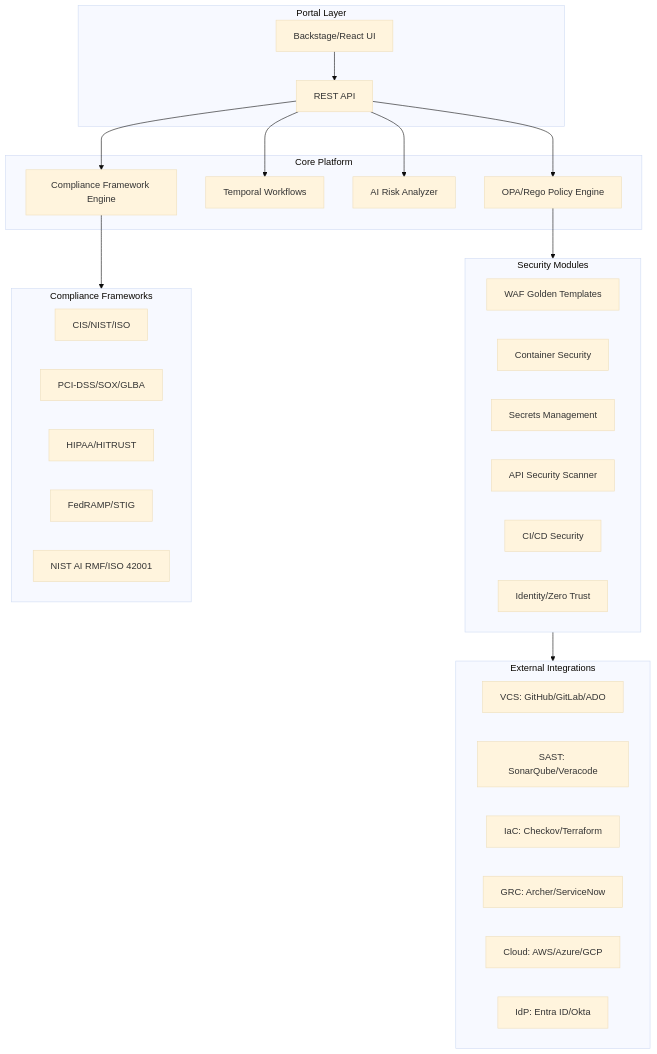
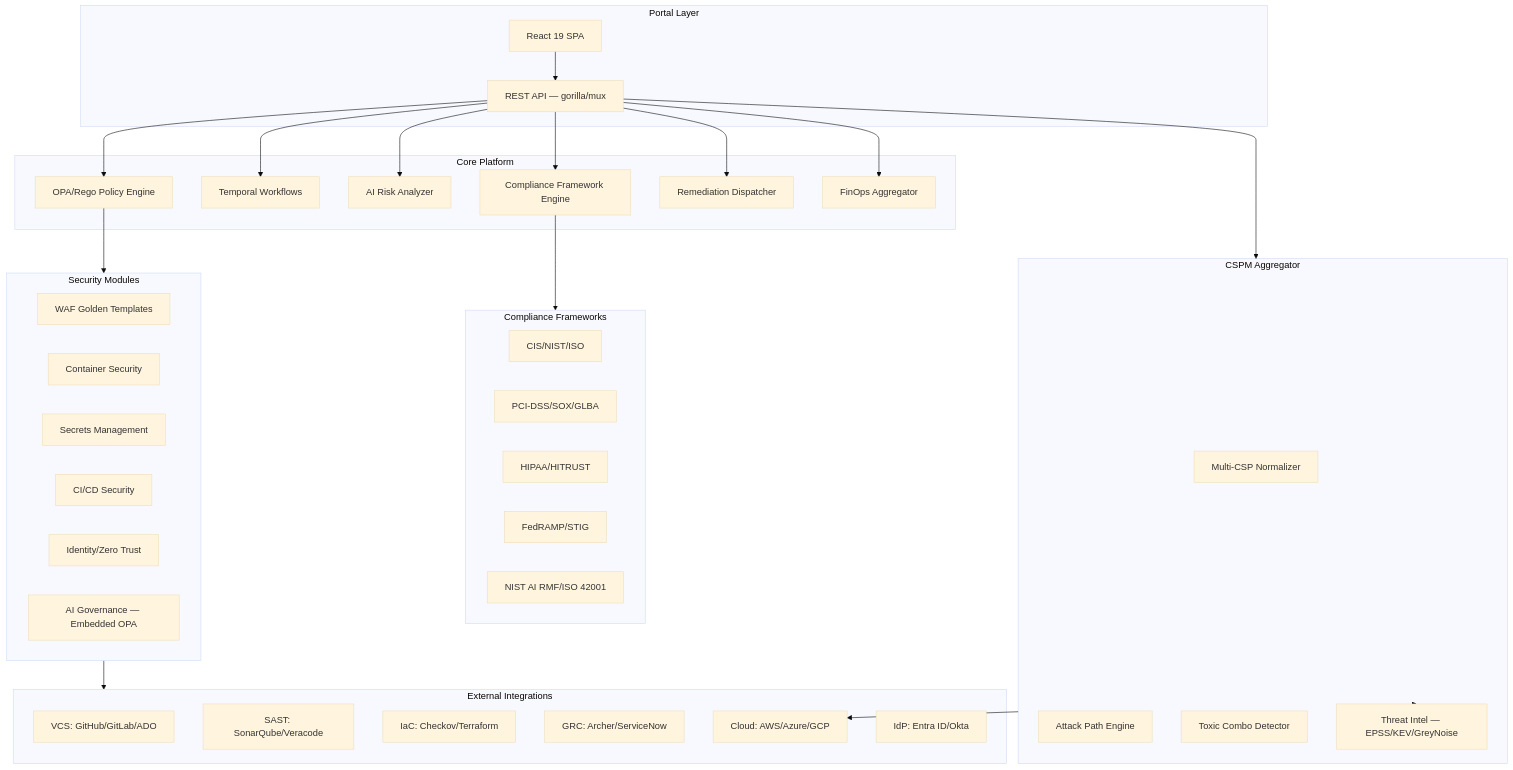
The first of 2 diagrams in docs/architecture/HLD.md (lvonguyen/cloudforge), drawn with Mermaid before and after one commit. The commit also changed other lines of this file and 13 other files, not shown here.

````diff
--- a/docs/architecture/HLD.md
+++ b/docs/architecture/HLD.md
@@ -45,51 +54,65 @@
 ```mermaid
 %%{init: {'theme': 'base', 'themeVariables': {'fontFamily': 'Georgia'}}}%%
 flowchart TB
     subgraph Portal["Portal Layer"]
-        UI[Backstage/React UI]
-        API[REST API]
+        UI[React 19 SPA]
+        API[REST API — gorilla/mux]
     end
 
     subgraph Core["Core Platform"]
         PolicyEngine[OPA/Rego Policy Engine]
         Orchestration[Temporal Workflows]
         AIAnalyzer[AI Risk Analyzer]
         ComplianceEngine[Compliance Framework Engine]
+        RemediationEngine[Remediation Dispatcher]
+        FinOpsEngine[FinOps Aggregator]
+    end
+
+    subgraph CSPM["CSPM Aggregator"]
+        Normalizer[Multi-CSP Normalizer]
+        AttackPath[Attack Path Engine]
+        ToxicCombo[Toxic Combo Detector]
+        ThreatIntel[Threat Intel — EPSS/KEV/GreyNoise]
     end
 
     subgraph Security["Security Modules"]
         WAF[WAF Golden Templates]
         Container[Container Security]
         Secrets[Secrets Management]
-        APISec[API Security Scanner]
         CICD[CI/CD Security]
         Identity[Identity/Zero Trust]
+        AIGov[AI Governance — Embedded OPA]
     end
 
     subgraph Integrations["External Integrations"]
         VCS[VCS: GitHub/GitLab/ADO]
         SAST[SAST: SonarQube/Veracode]
         IaC[IaC: Checkov/Terraform]
         GRC[GRC: Archer/ServiceNow]
         Cloud[Cloud: AWS/Azure/GCP]
         IdP[IdP: Entra ID/Okta]
     end
 
     subgraph Compliance["Compliance Frameworks"]
         General[CIS/NIST/ISO]
         Finance[PCI-DSS/SOX/GLBA]
         Health[HIPAA/HITRUST]
         Gov[FedRAMP/STIG]
         AI[NIST AI RMF/ISO 42001]
     end
 
     UI --> API
     API --> PolicyEngine
     API --> Orchestration
     API --> AIAnalyzer
     API --> ComplianceEngine
+    API --> RemediationEngine
+    API --> FinOpsEngine
+    API --> CSPM
 
     PolicyEngine --> Security
     ComplianceEngine --> Compliance
     Security --> Integrations
+    CSPM --> Cloud
+    CSPM --> ThreatIntel
 ```
````
